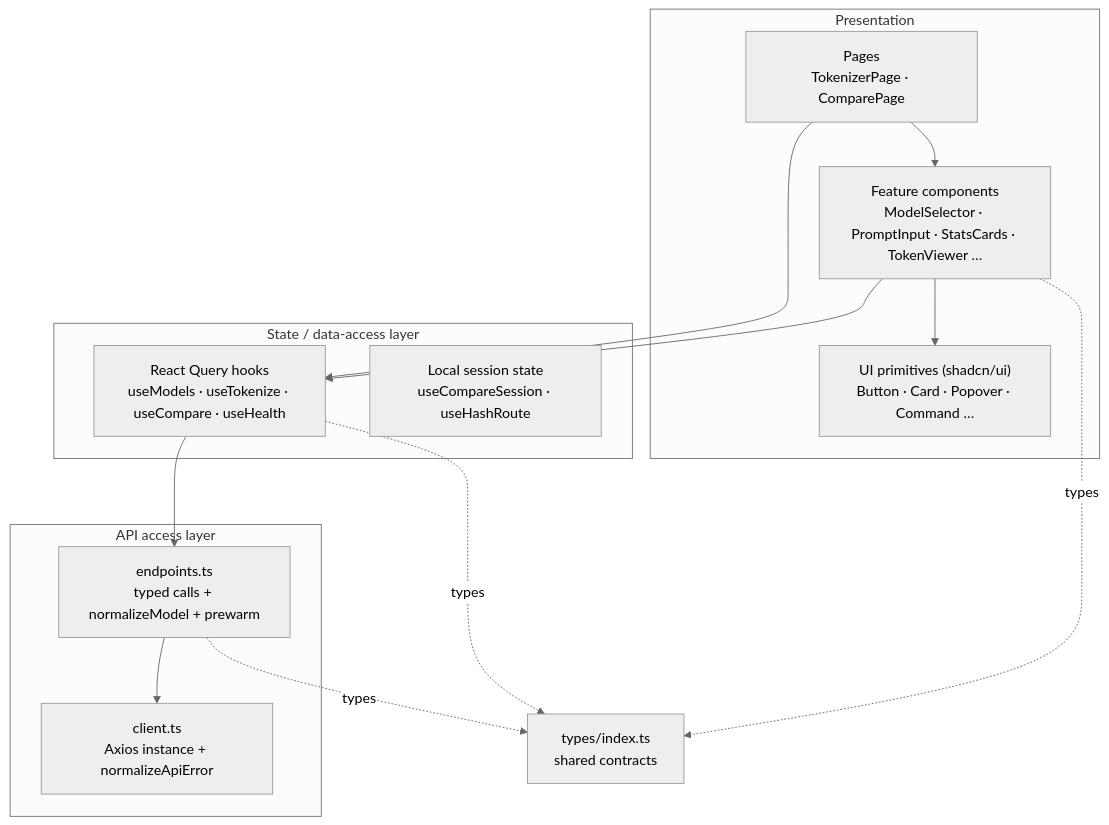
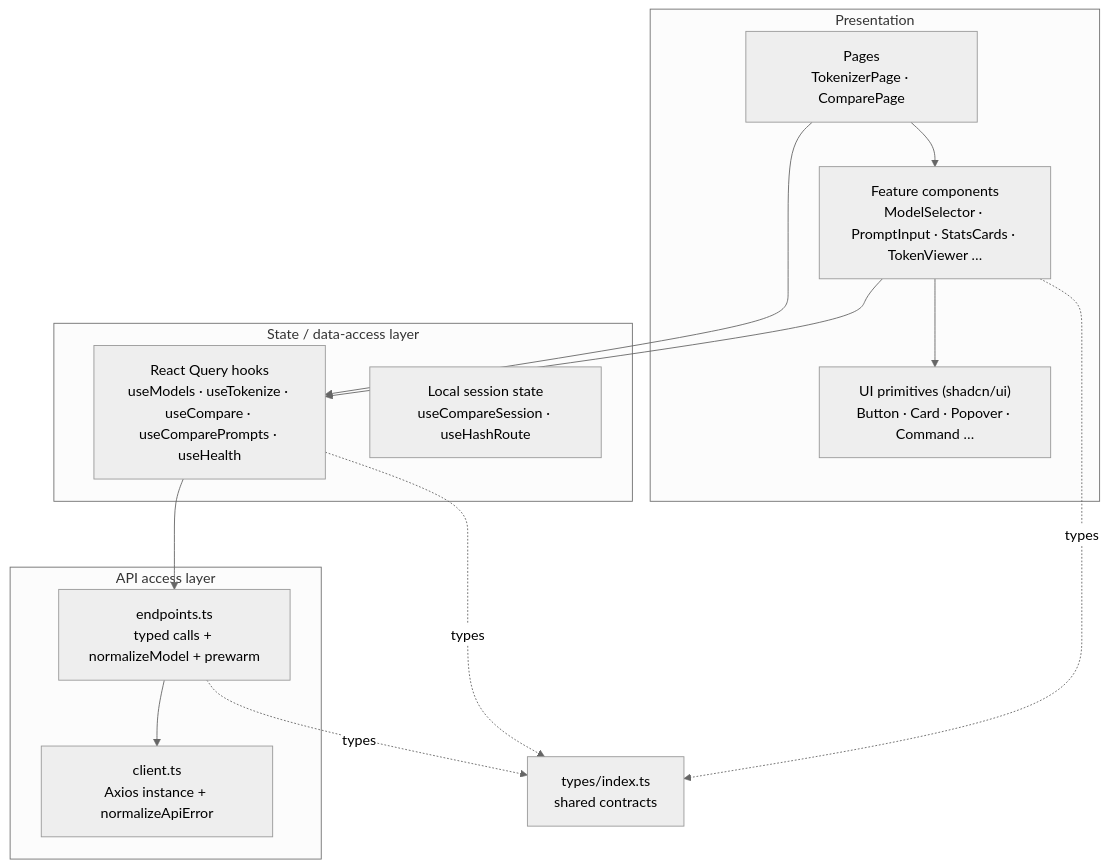
One commit to akgaur12/PromptTokenizerUI changed the second of 5 diagrams in docs/02-architecture.md. Above: the diagram before and after it, drawn with Mermaid (neutral theme). The commit also changed other lines of this file and 13 other files, not shown here.

````diff
--- a/docs/02-architecture.md
+++ b/docs/02-architecture.md
@@ -35,25 +35,25 @@
 ```mermaid
 graph TD
     subgraph Presentation
         Pages["Pages<br/>TokenizerPage · ComparePage"]
         Comps["Feature components<br/>ModelSelector · PromptInput · StatsCards · TokenViewer …"]
         UIkit["UI primitives (shadcn/ui)<br/>Button · Card · Popover · Command …"]
     end
     subgraph StateLayer["State / data-access layer"]
-        Hooks["React Query hooks<br/>useModels · useTokenize · useCompare · useHealth"]
+        Hooks["React Query hooks<br/>useModels · useTokenize · useCompare · useComparePrompts · useHealth"]
         Session["Local session state<br/>useCompareSession · useHashRoute"]
     end
     subgraph DataLayer["API access layer"]
         Endpoints["endpoints.ts<br/>typed calls + normalizeModel + prewarm"]
         Client["client.ts<br/>Axios instance + normalizeApiError"]
     end
     Types["types/index.ts<br/>shared contracts"]
 
     Pages --> Comps --> UIkit
     Pages --> Hooks
     Comps --> Hooks
     Hooks --> Endpoints --> Client
     Hooks -.types.-> Types
     Endpoints -.types.-> Types
     Comps -.types.-> Types
 ```
````
